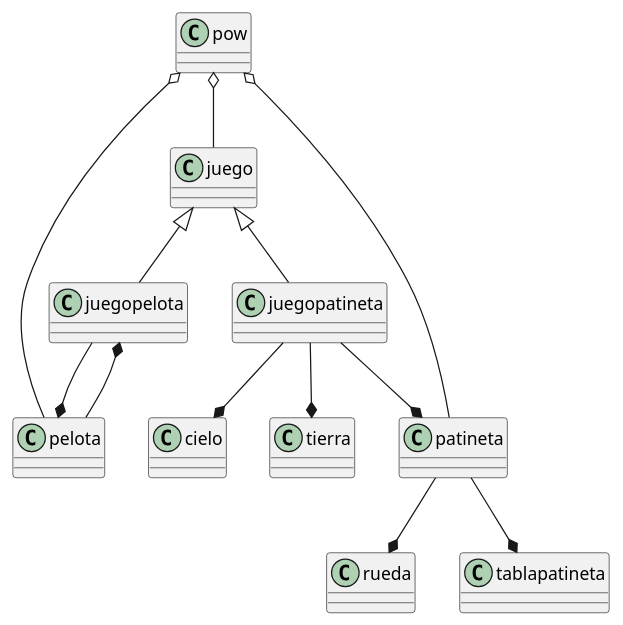
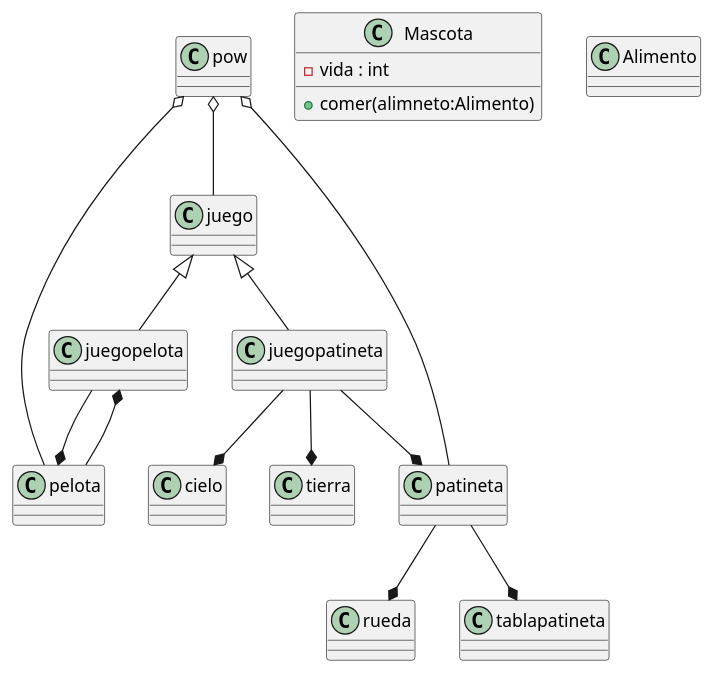
The diagram in docs/pow.puml (a21310196/Hola-Mundo), drawn with PlantUML before and after one commit. The commit also changed 2 other files, not shown here.

```diff
--- a/docs/pow.puml
+++ b/docs/pow.puml
@@ -1,39 +1,45 @@
 @startuml pow  
-class pow
+
 
 class juego
 
 class juegopelota
 
 class pelota
 
 class patineta
 
 class rueda
 
 class tablapatineta
 
 class juegopatineta
     
 class cielo
    
 class tierra
    
     pow o--juego
 
     juego<|--juegopelota
     juego<|--juegopatineta
     pow o-- patineta
     pow o-- pelota
     juegopelota--* pelota
             patineta--*rueda
             patineta--*tablapatineta
     pelota --* juegopelota
     juegopatineta --* cielo
     juegopatineta --* tierra
 juegopatineta --* patineta
 
-
+class Mascota{
+    -vida : int
+    +comer(alimneto:Alimento)
+}
+class Alimento{
+    
+}
     
 
 @enduml
```
